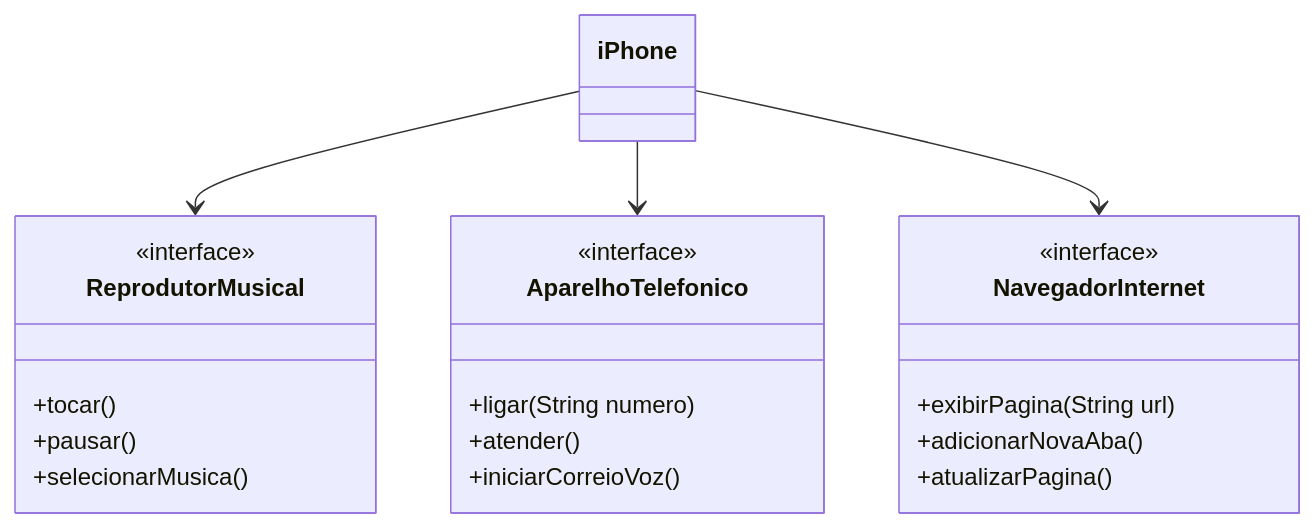
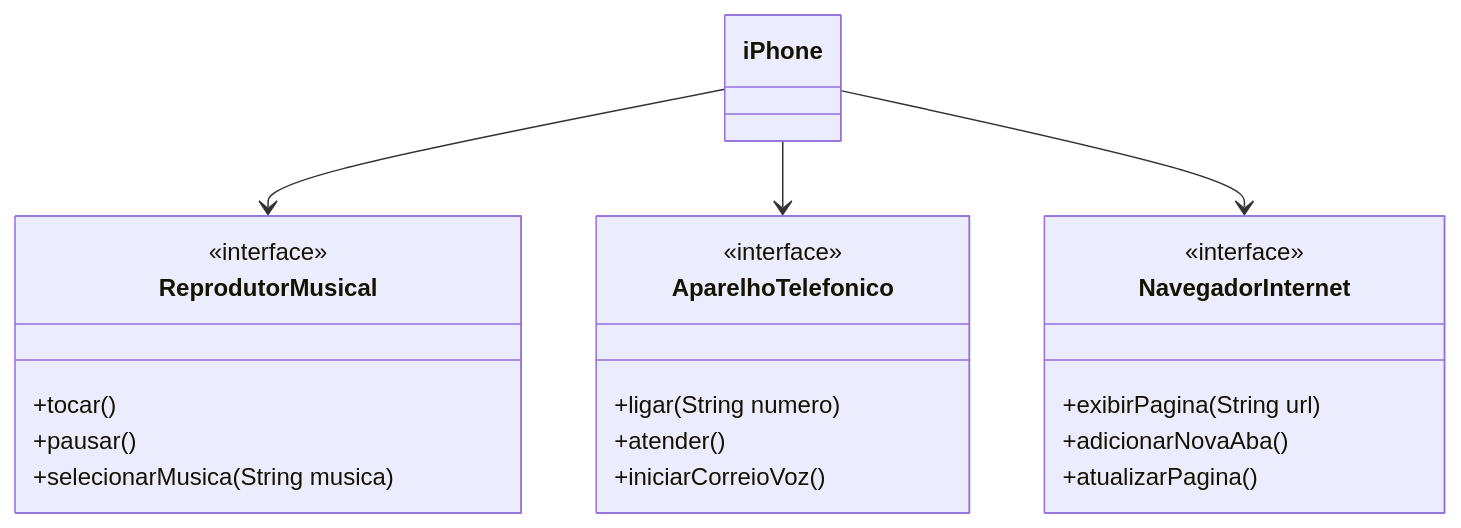
The diagram in README.md (Fernandoasfn/desafioPOO), drawn with Mermaid before and after one commit. The commit also changed 9 other files, not shown here.

````diff
--- a/README.md
+++ b/README.md
@@ -6,29 +6,29 @@
 ```mermaid
 classDiagram
 iPhone --> ReprodutorMusical
 iPhone --> AparelhoTelefonico
 iPhone --> NavegadorInternet
 
 
   class ReprodutorMusical
   <<interface>> ReprodutorMusical 
   ReprodutorMusical : +tocar()
   ReprodutorMusical : +pausar()
-  ReprodutorMusical : +selecionarMusica()
+  ReprodutorMusical : +selecionarMusica(String musica)
 
 class AparelhoTelefonico
 <<interface>> AparelhoTelefonico
 AparelhoTelefonico : +ligar(String numero)
 AparelhoTelefonico : +atender()
 AparelhoTelefonico : +iniciarCorreioVoz()
 
 class NavegadorInternet
 <<interface>> NavegadorInternet
 NavegadorInternet : +exibirPagina (String url)
 NavegadorInternet : +adicionarNovaAba()
 NavegadorInternet : +atualizarPagina()
 
 class iPhone
 
 
 ```
````
